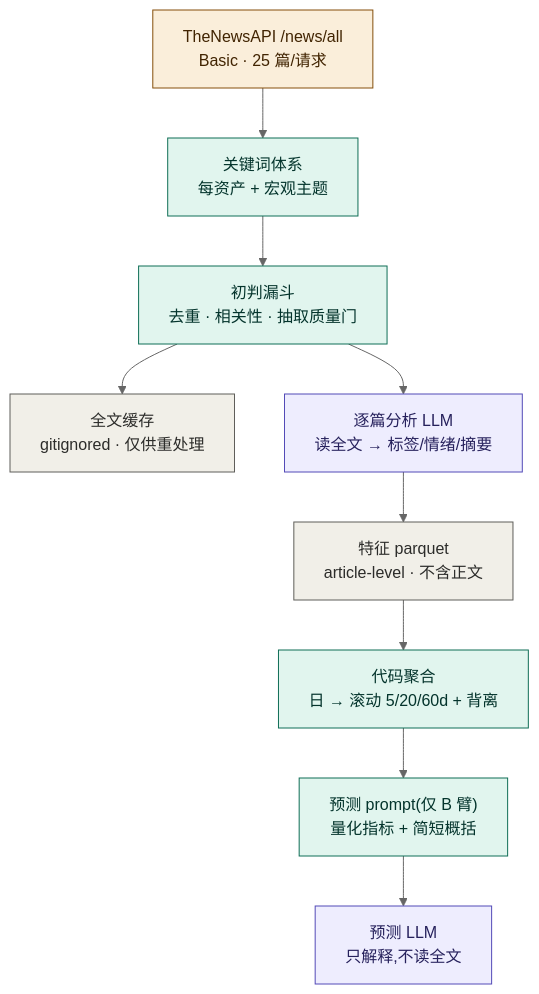
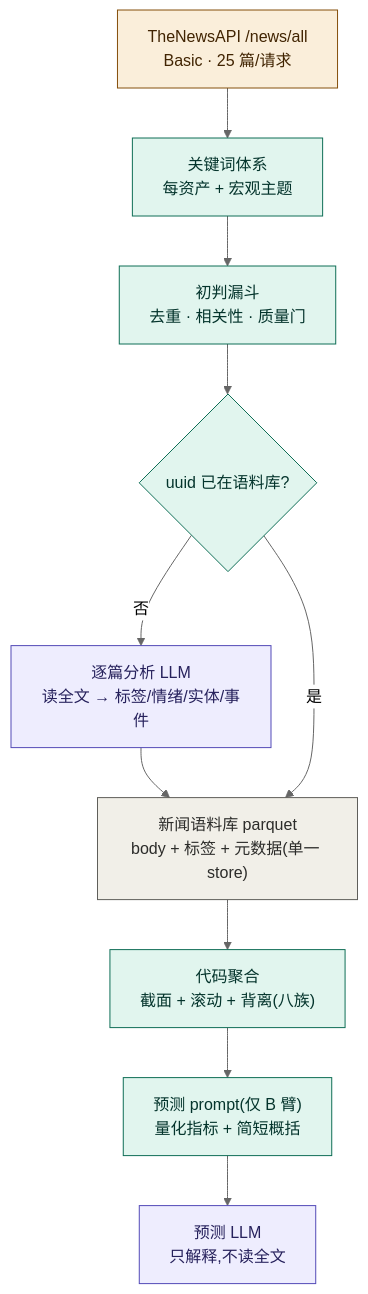
The diagram in docs/refactor/v1.8-progress.md (MochiXu/newsletter), drawn with Mermaid (neutral theme) before and after one commit. The commit also changed other lines of this file and 4 other files, not shown here.

````diff
--- a/docs/refactor/v1.8-progress.md
+++ b/docs/refactor/v1.8-progress.md
@@ -24,21 +34,22 @@
 ```mermaid
 flowchart TD
     API["TheNewsAPI /news/all<br/>Basic · 25 篇/请求"]:::ext
     Q["关键词体系<br/>每资产 + 宏观主题"]:::code
-    PF["初判漏斗<br/>去重 · 相关性 · 抽取质量门"]:::code
-    CACHE["全文缓存<br/>gitignored · 仅供重处理"]:::store
-    LLM1["逐篇分析 LLM<br/>读全文 → 标签/情绪/摘要"]:::llm
-    PARQ["特征 parquet<br/>article-level · 不含正文"]:::store
-    AGG["代码聚合<br/>日 → 滚动 5/20/60d + 背离"]:::code
+    PF["初判漏斗<br/>去重 · 相关性 · 质量门"]:::code
+    DEDUP{"uuid 已在语料库?"}:::code
+    LLM1["逐篇分析 LLM<br/>读全文 → 标签/情绪/实体/事件"]:::llm
+    CORPUS["新闻语料库 parquet<br/>body + 标签 + 元数据(单一 store)"]:::store
+    AGG["代码聚合<br/>截面 + 滚动 + 背离(八族)"]:::code
     PROMPT["预测 prompt(仅 B 臂)<br/>量化指标 + 简短概括"]:::code
     LLM2["预测 LLM<br/>只解释,不读全文"]:::llm
 
-    API --> Q --> PF
-    PF --> CACHE
-    PF --> LLM1 --> PARQ --> AGG --> PROMPT --> LLM2
+    API --> Q --> PF --> DEDUP
+    DEDUP -- 否 --> LLM1 --> CORPUS
+    DEDUP -- 是 --> CORPUS
+    CORPUS --> AGG --> PROMPT --> LLM2
 
     classDef code fill:#E1F5EE,stroke:#0F6E56,color:#04342C
     classDef llm fill:#EEEDFE,stroke:#534AB7,color:#26215C
     classDef store fill:#F1EFE8,stroke:#5F5E5A,color:#2C2C2A
     classDef ext fill:#FAEEDA,stroke:#854F0B,color:#412402
 ```
````
